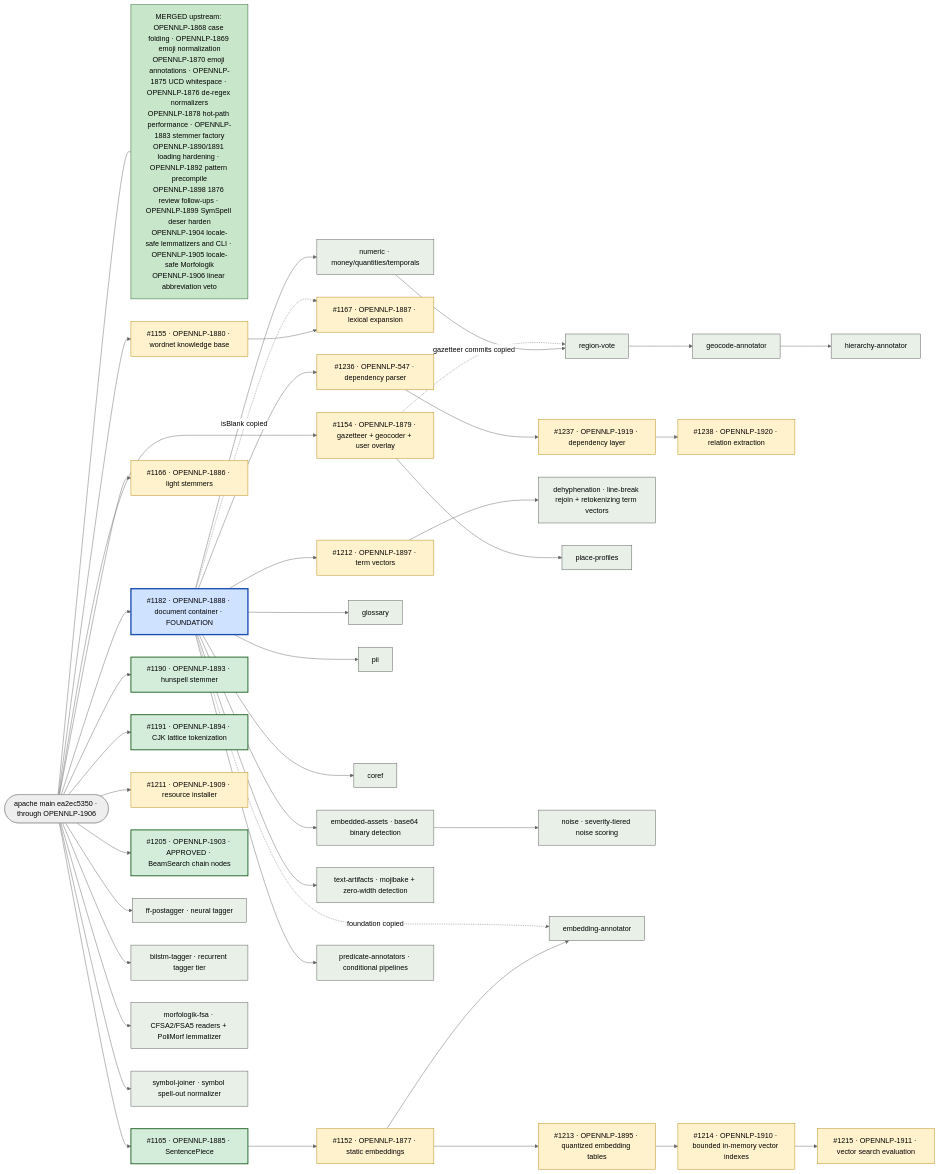
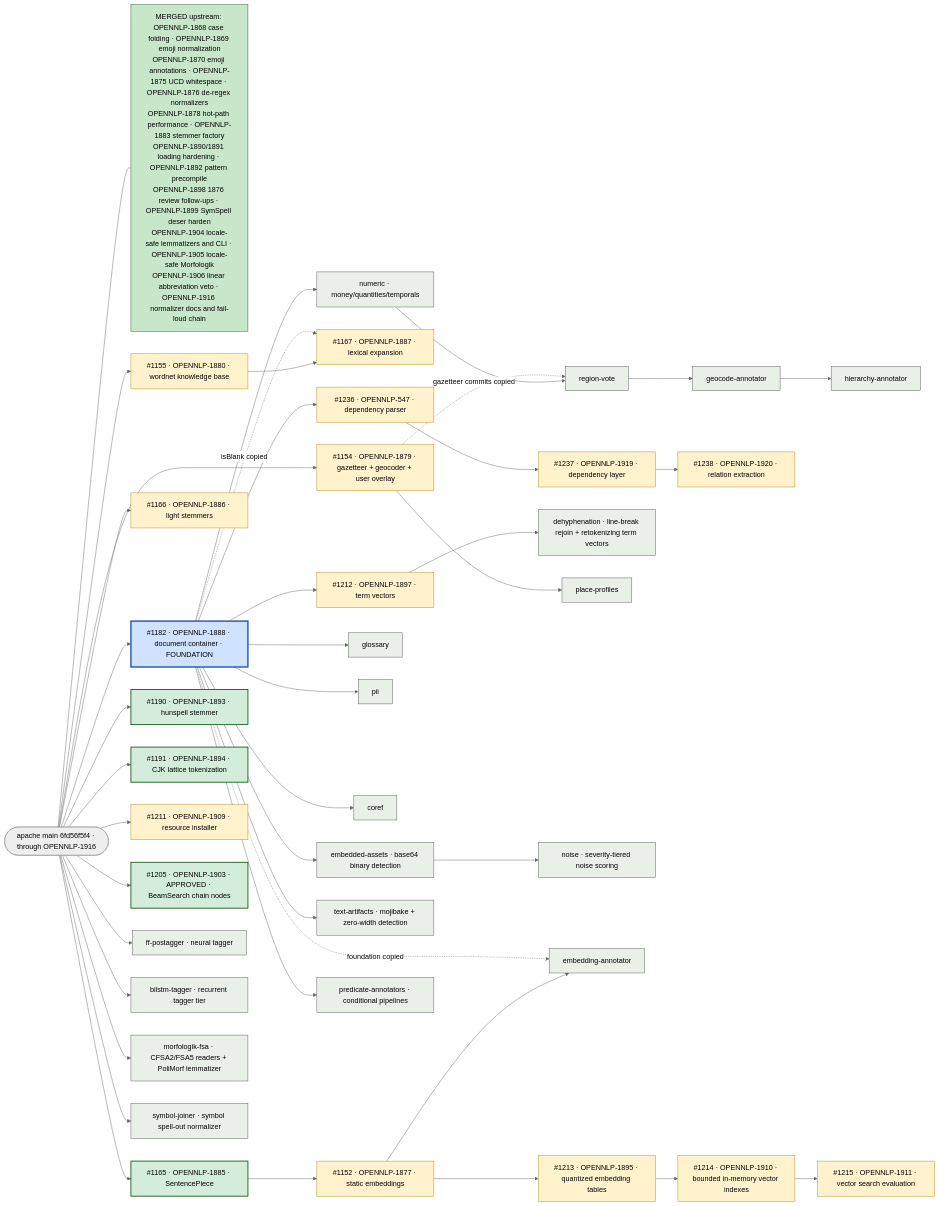
One commit to ai-pipestream/opennlp changed the diagram in RESEARCH_BRANCHES.md. Above: the diagram before and after it, drawn with Mermaid (neutral theme). The commit also changed other lines of this file, not shown here.

First line of the commit message:
Record the OPENNLP-1916 merge, the August 25 retirement round, and the paragraph normalizer plan

````diff
--- a/RESEARCH_BRANCHES.md
+++ b/RESEARCH_BRANCHES.md
@@ -54,72 +61,72 @@
 ```mermaid
 flowchart LR
-  main(["apache main ea2ec5350 · through OPENNLP-1906"])
+  main(["apache main 6fd56f5f4 · through OPENNLP-1916"])
 
-  merged["MERGED upstream: OPENNLP-1868 case folding · OPENNLP-1869 emoji normalization<br/>OPENNLP-1870 emoji annotations · OPENNLP-1875 UCD whitespace · OPENNLP-1876 de-regex normalizers<br/>OPENNLP-1878 hot-path performance · OPENNLP-1883 stemmer factory<br/>OPENNLP-1890/1891 loading hardening · OPENNLP-1892 pattern precompile<br/>OPENNLP-1898 1876 review follow-ups · OPENNLP-1899 SymSpell deser harden<br/>OPENNLP-1904 locale-safe lemmatizers and CLI · OPENNLP-1905 locale-safe Morfologik<br/>OPENNLP-1906 linear abbreviation veto"]
+  merged["MERGED upstream: OPENNLP-1868 case folding · OPENNLP-1869 emoji normalization<br/>OPENNLP-1870 emoji annotations · OPENNLP-1875 UCD whitespace · OPENNLP-1876 de-regex normalizers<br/>OPENNLP-1878 hot-path performance · OPENNLP-1883 stemmer factory<br/>OPENNLP-1890/1891 loading hardening · OPENNLP-1892 pattern precompile<br/>OPENNLP-1898 1876 review follow-ups · OPENNLP-1899 SymSpell deser harden<br/>OPENNLP-1904 locale-safe lemmatizers and CLI · OPENNLP-1905 locale-safe Morfologik<br/>OPENNLP-1906 linear abbreviation veto · OPENNLP-1916 normalizer docs and fail-loud chain"]
   main --- merged
 
   %% ---- open pull requests against apache/opennlp ----
   main --> p1182["#1182 · OPENNLP-1888 · document container · FOUNDATION"]
   main --> d1154["#1154 · OPENNLP-1879 · gazetteer + geocoder + user overlay"]
   main --> d1155["#1155 · OPENNLP-1880 · wordnet knowledge base"]
   d1155 --> d1167["#1167 · OPENNLP-1887 · lexical expansion"]
   p1182 -. isBlank copied .-> d1167
   main --> d1166["#1166 · OPENNLP-1886 · light stemmers"]
   main --> d1165["#1165 · OPENNLP-1885 · SentencePiece"]
   d1165 --> d1152["#1152 · OPENNLP-1877 · static embeddings"]
   d1152 --> p1213["#1213 · OPENNLP-1895 · quantized embedding tables"]
   p1213 --> p1214["#1214 · OPENNLP-1910 · bounded in-memory vector indexes"]
   p1214 --> p1215["#1215 · OPENNLP-1911 · vector search evaluation"]
   main --> huns["#1190 · OPENNLP-1893 · hunspell stemmer"]
   main --> cjk["#1191 · OPENNLP-1894 · CJK lattice tokenization"]
   main --> p1211["#1211 · OPENNLP-1909 · resource installer"]
 
   %% ---- open fix pull requests against apache/opennlp ----
   main --> p1205["#1205 · OPENNLP-1903 · APPROVED · BeamSearch chain nodes"]
 
   p1182 --> p1212["#1212 · OPENNLP-1897 · term vectors"]
   p1182 --> p1236["#1236 · OPENNLP-547 · dependency parser"]
   p1236 --> p1237["#1237 · OPENNLP-1919 · dependency layer"]
   p1237 --> p1238["#1238 · OPENNLP-1920 · relation extraction"]
 
   %% ---- staged engines (this fork only) ----
   main --> fftag["ff-postagger · neural tagger"]
   main --> bilstm["bilstm-tagger · recurrent tagger tier"]
   main --> morf["morfologik-fsa · CFSA2/FSA5 readers + PoliMorf lemmatizer"]
   main --> sjoin["symbol-joiner · symbol spell-out normalizer"]
   p1212 --> dehyp["dehyphenation · line-break rejoin + retokenizing term vectors"]
   d1154 --> prof["place-profiles"]
 
   %% ---- staged annotators over the document container ----
   p1182 --> glos["glossary"]
   p1182 --> pii["pii"]
   p1182 --> coref["coref"]
   p1182 --> num["numeric · money/quantities/temporals"]
 
   %% ---- text-hygiene pack over the document container ----
   p1182 --> tart["text-artifacts · mojibake + zero-width detection"]
   p1182 --> asset["embedded-assets · base64 binary detection"]
   asset --> noiz["noise · severity-tiered noise scoring"]
   p1182 --> pred["predicate-annotators · conditional pipelines"]
 
   d1152 --> emb["embedding-annotator"]
   p1182 -. foundation copied .-> emb
 
   num --> rvote["region-vote"]
   d1154 -. gazetteer commits copied .-> rvote
   rvote --> geo["geocode-annotator"]
   geo --> hier["hierarchy-annotator"]
 
   classDef mergedC fill:#c8e6c9,stroke:#1b5e20,color:#000;
   classDef ready fill:#d4edda,stroke:#1b5e20,color:#000,stroke-width:2px;
   classDef draft fill:#fff2cc,stroke:#b8860b,color:#000;
   classDef foundation fill:#cfe2ff,stroke:#1c4fb3,color:#000,stroke-width:3px;
   classDef filed fill:#e6d9f2,stroke:#5b3a8e,color:#000,stroke-width:2px;
   classDef cut fill:#e8f0e8,stroke:#555,color:#000;
 
   class merged mergedC;
   class d1165,huns,cjk,p1205 ready;
   class d1152,d1154,d1155,d1166,d1167,p1211,p1212,p1213,p1214,p1215,p1236,p1237,p1238 draft;
   class p1182 foundation;
   class fftag,bilstm,morf,sjoin,dehyp,prof,glos,pii,coref,num,tart,asset,noiz,pred,geo,hier,rvote,emb cut;
 ```
````
